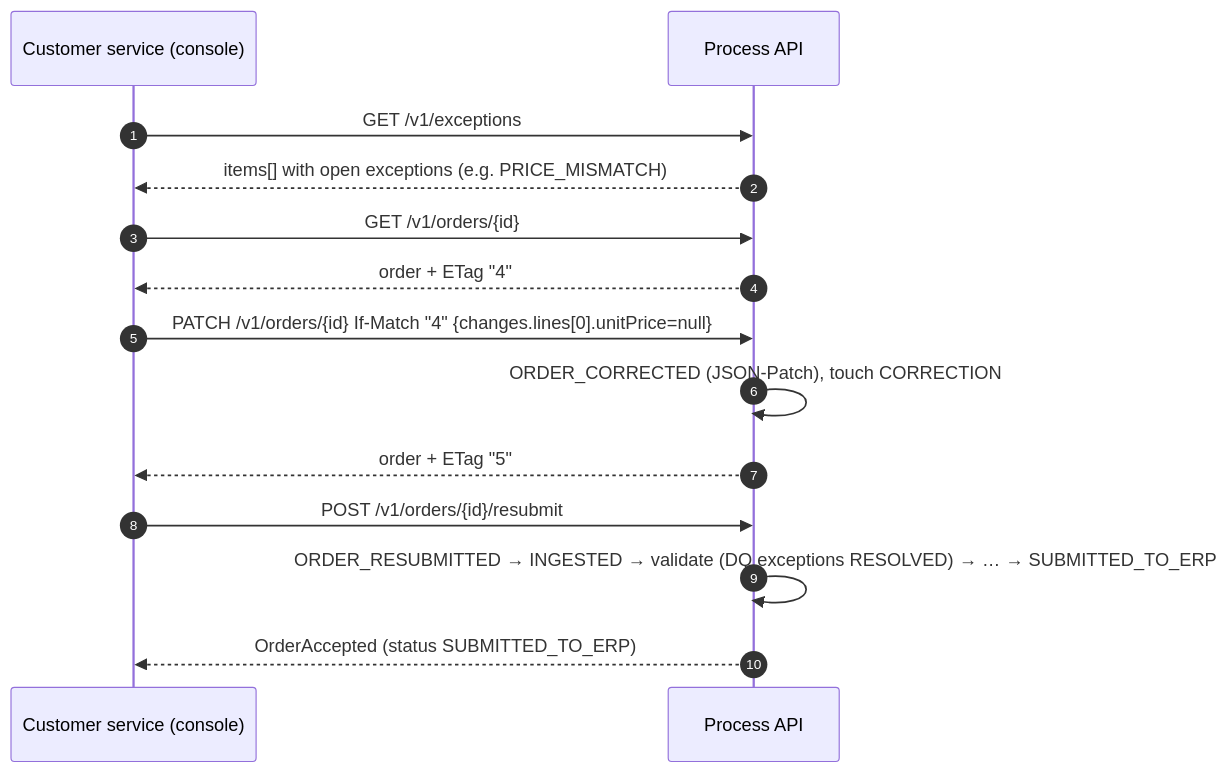
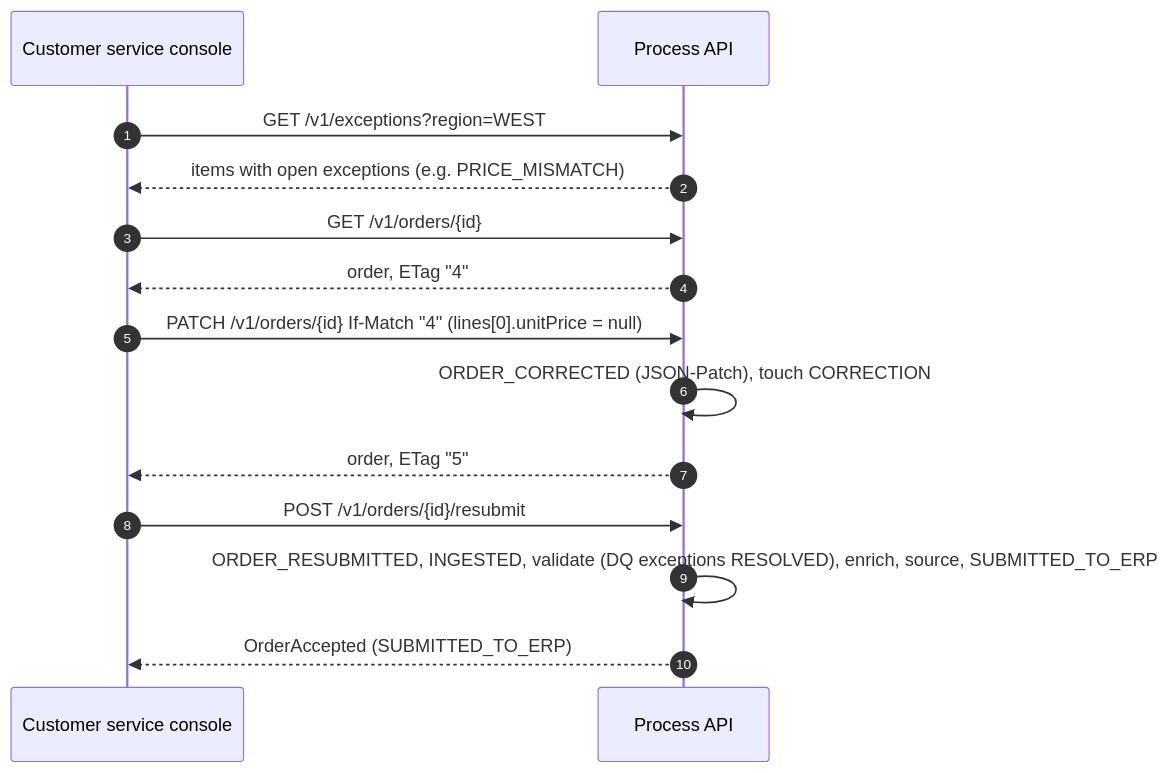
One commit to amitagrawal09/tf-data-product-so changed the sixth of 9 diagrams in docs/02-technical-design.md. Above: the diagram before and after it, drawn with Mermaid. The commit also changed other lines of this file, not shown here.

````diff
--- a/docs/02-technical-design.md
+++ b/docs/02-technical-design.md
@@ -809,16 +1014,16 @@
 ```mermaid
 sequenceDiagram
   autonumber
-  participant CS as Customer service (console)
+  participant CS as Customer service console
   participant P as Process API
-  CS->>P: GET /v1/exceptions
-  P-->>CS: items[] with open exceptions (e.g. PRICE_MISMATCH)
+  CS->>P: GET /v1/exceptions?region=WEST
+  P-->>CS: items with open exceptions (e.g. PRICE_MISMATCH)
   CS->>P: GET /v1/orders/{id}
-  P-->>CS: order + ETag "4"
-  CS->>P: PATCH /v1/orders/{id} If-Match "4" {changes.lines[0].unitPrice=null}
+  P-->>CS: order, ETag "4"
+  CS->>P: PATCH /v1/orders/{id} If-Match "4" (lines[0].unitPrice = null)
   P->>P: ORDER_CORRECTED (JSON-Patch), touch CORRECTION
-  P-->>CS: order + ETag "5"
+  P-->>CS: order, ETag "5"
   CS->>P: POST /v1/orders/{id}/resubmit
-  P->>P: ORDER_RESUBMITTED → INGESTED → validate (DQ exceptions RESOLVED) → … → SUBMITTED_TO_ERP
-  P-->>CS: OrderAccepted (status SUBMITTED_TO_ERP)
+  P->>P: ORDER_RESUBMITTED, INGESTED, validate (DQ exceptions RESOLVED), enrich, source, SUBMITTED_TO_ERP
+  P-->>CS: OrderAccepted (SUBMITTED_TO_ERP)
 ```
````
